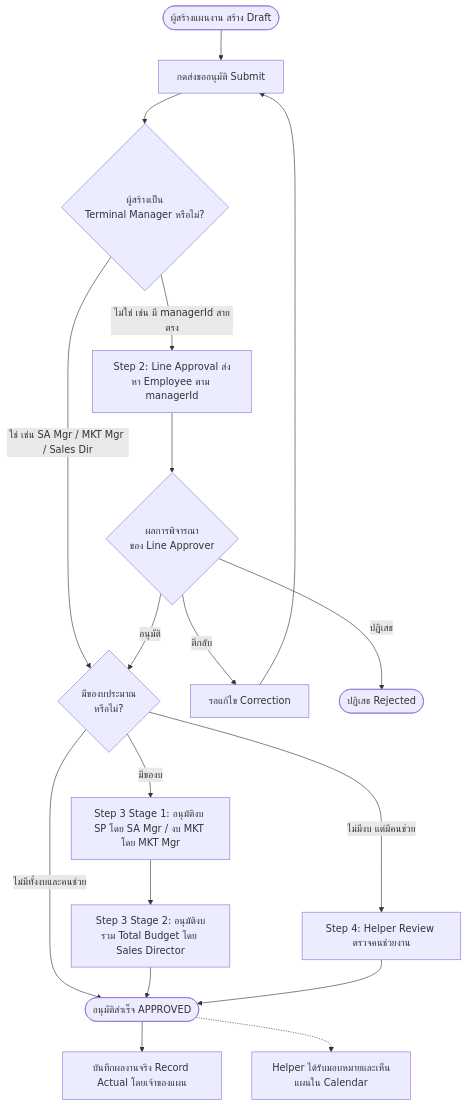
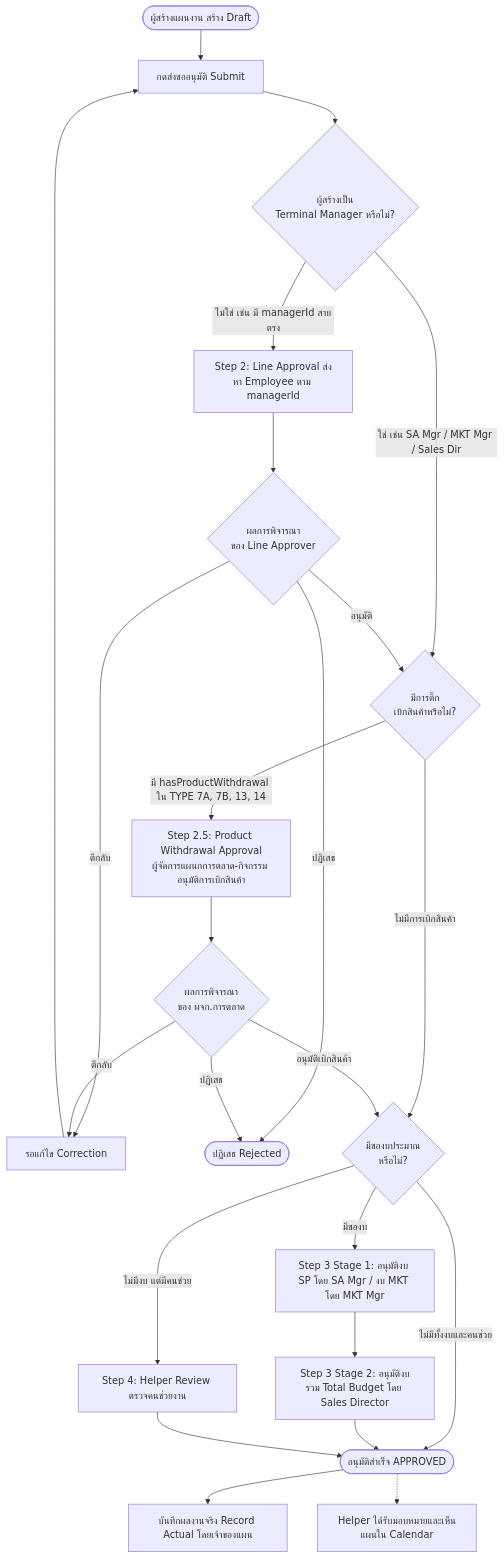
The first of 2 diagrams in docs/activity/ACTIVITY-RBAC-PERMISSIONS.md (bankhk10/crm-bank), drawn with Mermaid before and after one commit. The commit also changed other lines of this file and 13 other files, not shown here.

````diff
--- a/docs/activity/ACTIVITY-RBAC-PERMISSIONS.md
+++ b/docs/activity/ACTIVITY-RBAC-PERMISSIONS.md
@@ -430,25 +445,33 @@
 ```mermaid
 flowchart TD
     Start([ผู้สร้างแผนงาน สร้าง Draft]) --> Submit[กดส่งขออนุมัติ Submit]
     
     Submit --> CheckCreator{ผู้สร้างเป็น<br/>Terminal Manager หรือไม่?}
     
     CheckCreator -->|ไม่ใช่ เช่น มี managerId สายตรง| Step2[Step 2: Line Approval ส่งหา Employee ตาม managerId]
-    CheckCreator -->|ใช่ เช่น SA Mgr / MKT Mgr / Sales Dir| CheckBudget{มีของบประมาณ<br/>หรือไม่?}
+    CheckCreator -->|ใช่ เช่น SA Mgr / MKT Mgr / Sales Dir| CheckWithdrawal{มีการติ๊ก<br/>เบิกสินค้าหรือไม่?}
     
     Step2 --> LineDecision{ผลการพิจารณา<br/>ของ Line Approver}
-    LineDecision -->|อนุมัติ| CheckBudget
+    LineDecision -->|อนุมัติ| CheckWithdrawal
     LineDecision -->|ตีกลับ| Correction[รอแก้ไข Correction] --> Submit
     LineDecision -->|ปฏิเสธ| Rejected([ปฏิเสธ Rejected])
+    
+    CheckWithdrawal -->|มี hasProductWithdrawal ใน TYPE 7A, 7B, 13, 14| Step2_5[Step 2.5: Product Withdrawal Approval<br/>ผู้จัดการแผนกการตลาด-กิจกรรม อนุมัติการเบิกสินค้า]
+    CheckWithdrawal -->|ไม่มีการเบิกสินค้า| CheckBudget{มีของบประมาณ<br/>หรือไม่?}
+    
+    Step2_5 --> MKTWithdrawalDecision{ผลการพิจารณา<br/>ของ ผจก.การตลาด}
+    MKTWithdrawalDecision -->|อนุมัติเบิกสินค้า| CheckBudget
+    MKTWithdrawalDecision -->|ตีกลับ| Correction
+    MKTWithdrawalDecision -->|ปฏิเสธ| Rejected
     
     CheckBudget -->|มีของบ| Step3Stage1[Step 3 Stage 1: อนุมัติงบ SP โดย SA Mgr / งบ MKT โดย MKT Mgr]
     CheckBudget -->|ไม่มีงบ แต่มีคนช่วย| Step4[Step 4: Helper Review ตรวจคนช่วยงาน]
     CheckBudget -->|ไม่มีทั้งงบและคนช่วย| Approved([อนุมัติสำเร็จ APPROVED])
     
     Step3Stage1 --> Step3Stage2[Step 3 Stage 2: อนุมัติงบรวม Total Budget โดย Sales Director]
     Step3Stage2 --> Approved
     Step4 --> Approved
     
     Approved --> RecordActual[บันทึกผลงานจริง Record Actual โดยเจ้าของแผน]
     Approved -.-> HelperNotify[Helper ได้รับมอบหมายและเห็นแผนใน Calendar]
 ```
````
